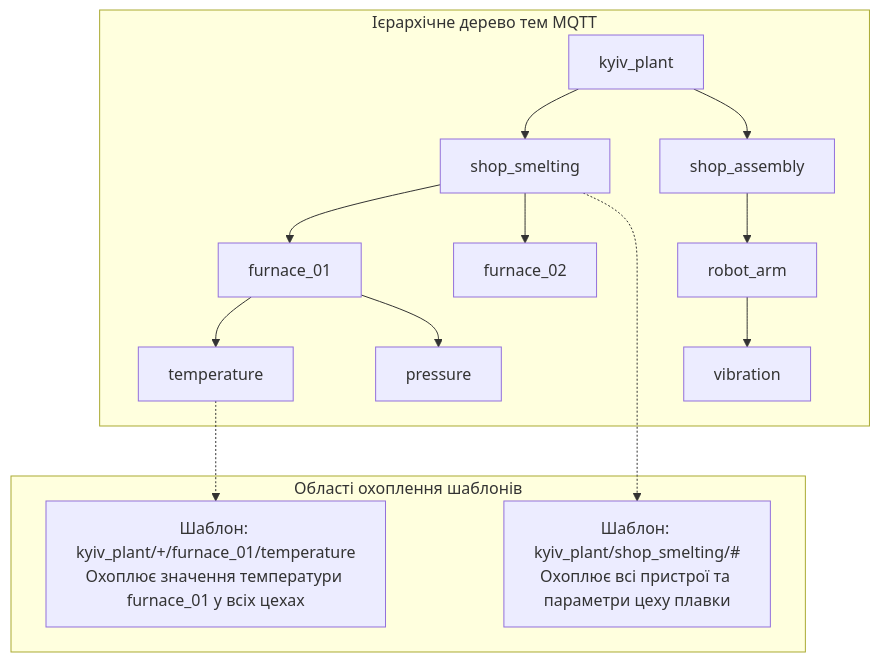
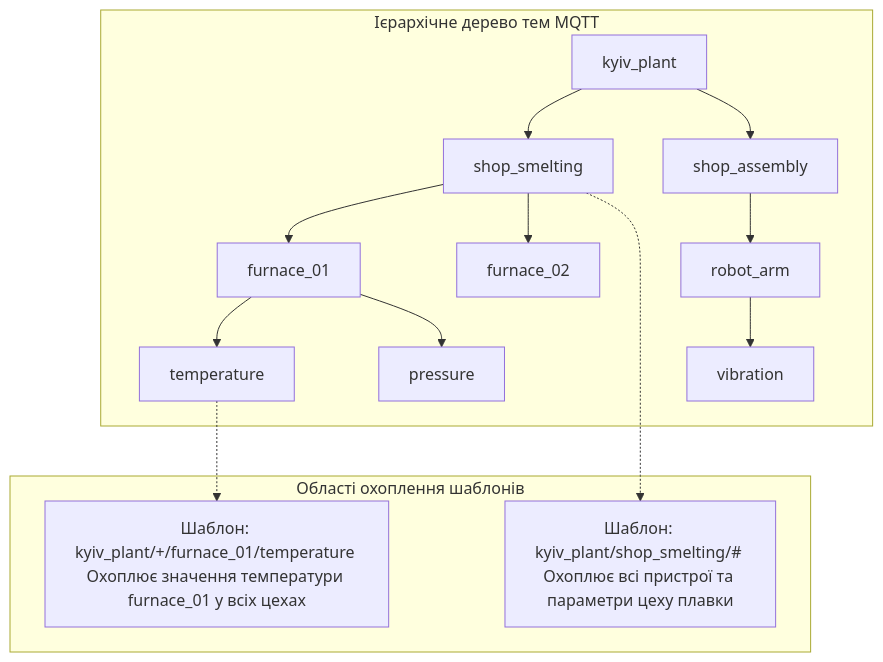
Before and after one commit to KyryloVadurin/cps-algorithms: the first of 2 diagrams in docs/practicals/pz-3.md, drawn with Mermaid.

````diff
--- a/docs/practicals/pz-3.md
+++ b/docs/practicals/pz-3.md
@@ -26,24 +26,24 @@
 ```mermaid
 flowchart TD
     subgraph Topic_Tree["Ієрархічне дерево тем MQTT"]
         Root["kyiv_plant"] --> Shop1["shop_smelting"]
         Root --> Shop2["shop_assembly"]
         
         Shop1 --> Dev1["furnace_01"]
         Shop1 --> Dev2["furnace_02"]
         
         Dev1 --> Param1["temperature"]
         Dev1 --> Param2["pressure"]
         
         Shop2 --> Dev3["robot_arm"]
         Dev3 --> Param3["vibration"]
     end
 
     subgraph Wildcard_Subscriptions["Області охоплення шаблонів"]
-        SingleWild["Шаблон: kyiv_plant/+/furnace_01/temperature<br>Охоплює значення температури furnace_01 у всіх цехах"]
-        MultiWild["Шаблон: kyiv_plant/shop_smelting/#<br>Охоплює всі пристрої та параметри цеху плавки"]
+        SingleWild["Шаблон: kyiv_plant/+/furnace_01/temperature Охоплює значення температури furnace_01 у всіх цехах"]
+        MultiWild["Шаблон: kyiv_plant/shop_smelting/# Охоплює всі пристрої та параметри цеху плавки"]
     end
 
     Shop1 -.-> MultiWild
     Param1 -.-> SingleWild
 ```
````
